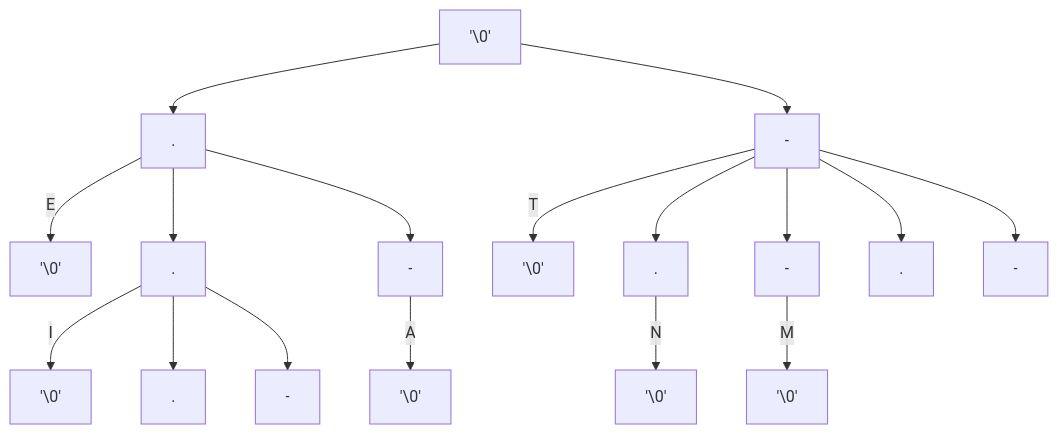
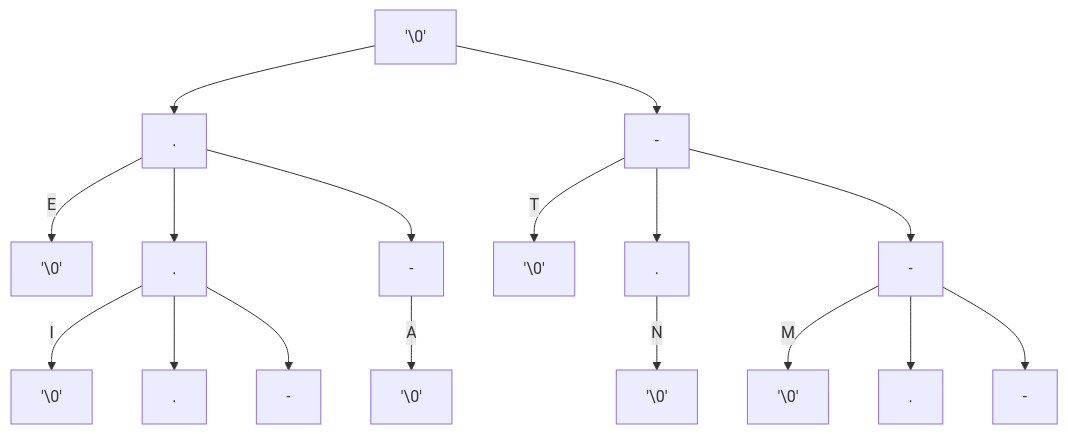
Before and after one commit to mmcnally1/arduino-projects: the second of 2 diagrams in morse-code/README.md, drawn with Mermaid.

````diff
--- a/morse-code/README.md
+++ b/morse-code/README.md
@@ -27,20 +27,20 @@
 ```mermaid
 graph TD;
 A['\0'] --> B[.]
 A['\0'] --> H[-]
 B[.] -- E --> C['\0']
 B[.] --> D[.]
 D[.] -- I --> E['\0']
 B[.] --> F[-]
 F[-] -- A --> G['\0']
 H[-] -- T --> I['\0']
 H[-] --> J[.]
 J[.] -- N --> K['\0']
 H[-] --> L[-]
 L[-] -- M --> M['\0']
 D[.] --> N[.]
 D[.] --> O[-]
-H[-] --> P[.]
-H[-] --> Q[-]
+L[-] --> P[.]
+L[-] --> Q[-]
 
 ```
````
